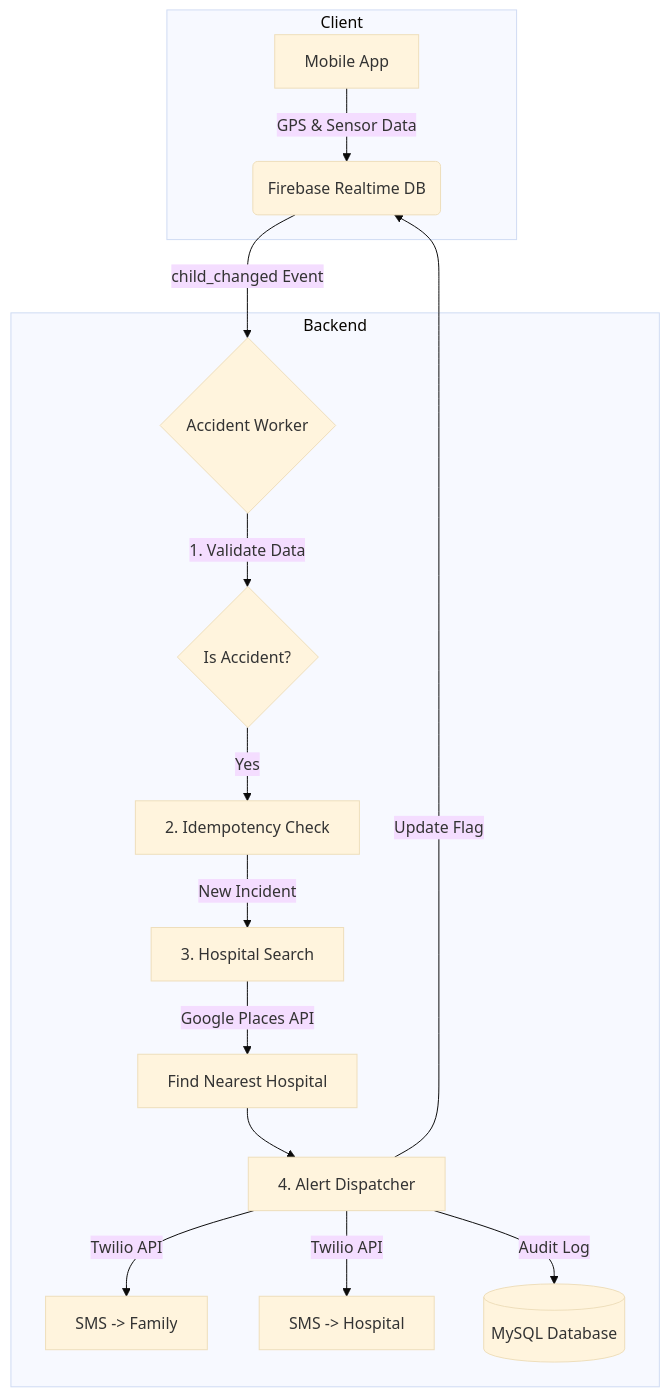
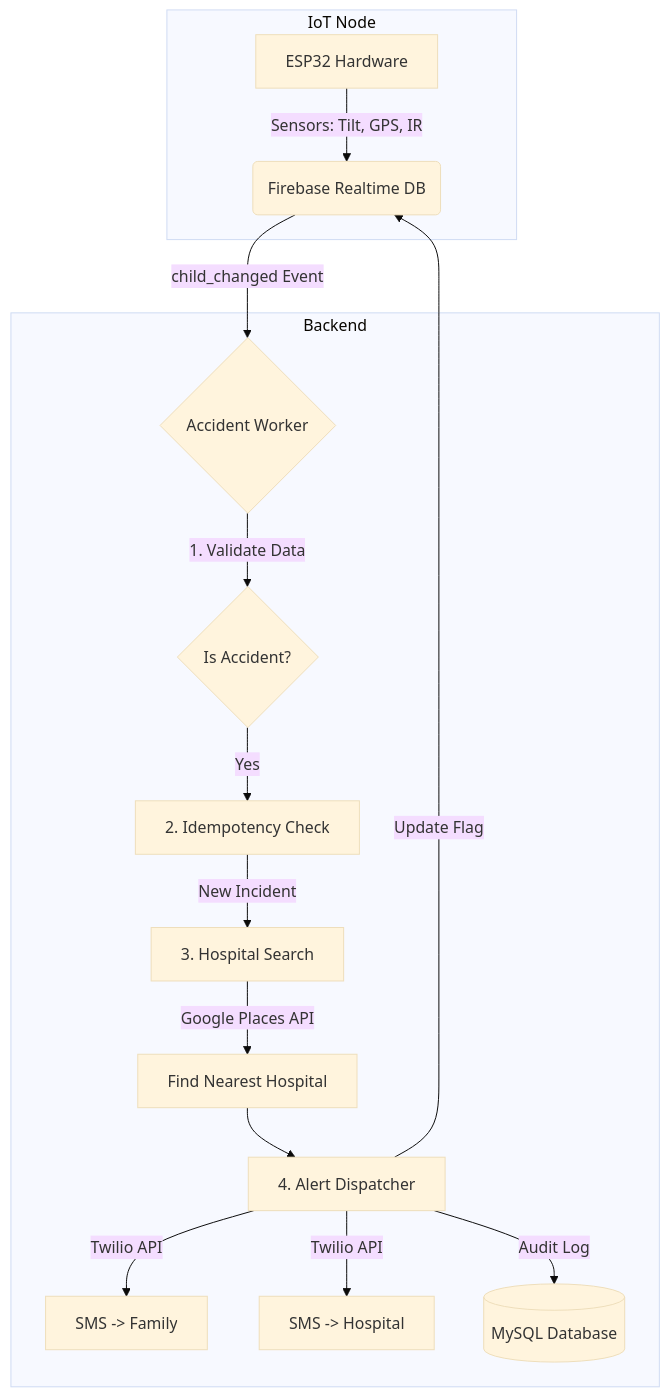
The diagram in bike-backend/README.md (ibesuperv/AegisIoT), drawn with Mermaid (base theme) before and after one commit. The commit also changed 5 other files, not shown here.

````diff
--- a/bike-backend/README.md
+++ b/bike-backend/README.md
@@ -36,21 +36,21 @@
 ```mermaid
 graph TD;
-    subgraph Client
-    A[Mobile App] -->|GPS & Sensor Data| B(Firebase Realtime DB);
+    subgraph IoT Node
+    A[ESP32 Hardware] -->|Sensors: Tilt, GPS, IR| B(Firebase Realtime DB);
     end
 
     subgraph Backend
     B -->|child_changed Event| C{Accident Worker};
     C -->|1. Validate Data| D{Is Accident?};
     D -- Yes --> F[2. Idempotency Check];
     
     F -- New Incident --> H[3. Hospital Search];
     H -->|Google Places API| I[Find Nearest Hospital];
     
     I --> J[4. Alert Dispatcher];
     J -->|Twilio API| K[SMS -> Family];
     J -->|Twilio API| L[SMS -> Hospital];
     J -->|Audit Log| M[(MySQL Database)];
     J -->|Update Flag| B;
     end
 ```
````
